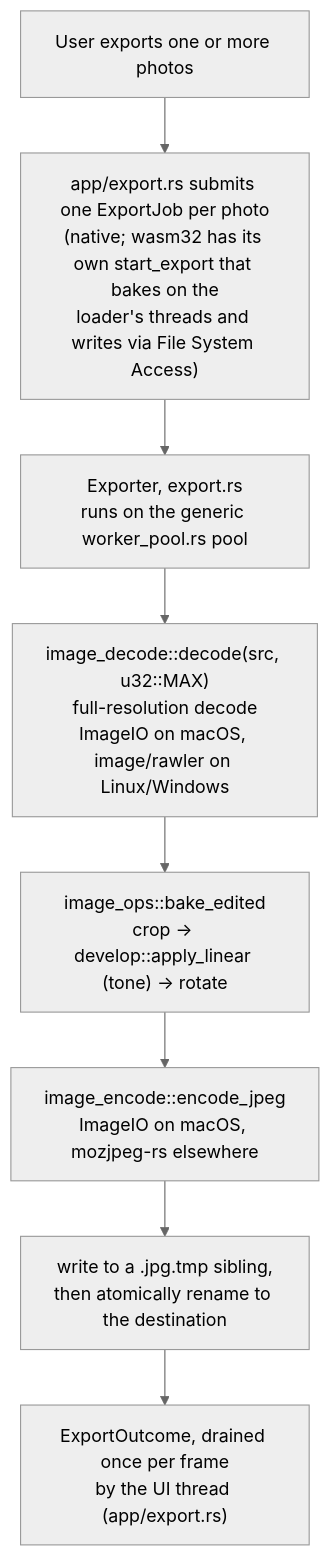
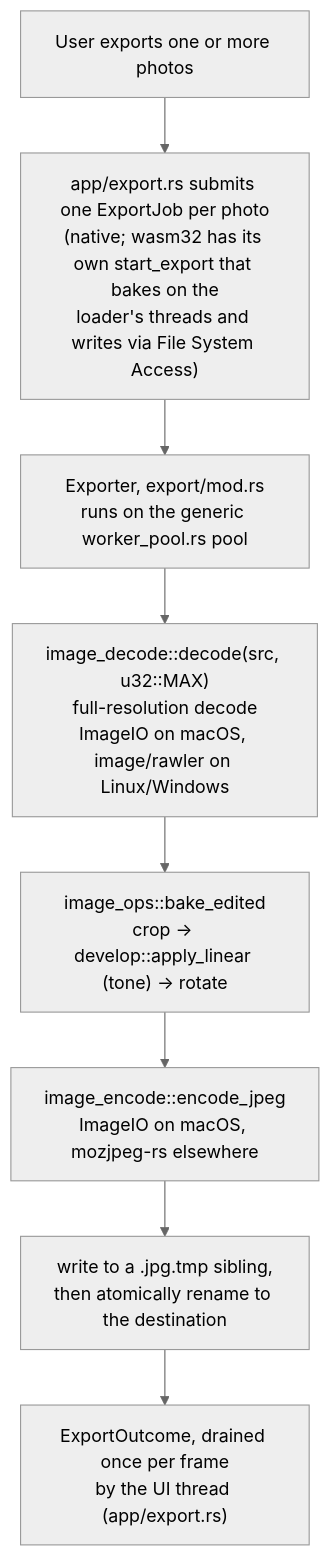
One commit to andrewyao/lightphotos changed the third of 4 diagrams in docs/ARCHITECTURE.md. Above: the diagram before and after it, drawn with Mermaid (neutral theme). The commit also changed other lines of this file and 9 other files, not shown here.

````diff
--- a/docs/ARCHITECTURE.md
+++ b/docs/ARCHITECTURE.md
@@ -199,11 +199,11 @@
 ```mermaid
 flowchart TD
     exportbtn["User exports one or more photos"]
     exportbtn --> submit["app/export.rs submits one ExportJob per photo\n(native; wasm32 has its own start_export that bakes on the\nloader's threads and writes via File System Access)"]
-    submit --> pool["Exporter, export.rs\nruns on the generic worker_pool.rs pool"]
+    submit --> pool["Exporter, export/mod.rs\nruns on the generic worker_pool.rs pool"]
     pool --> decode["image_decode::decode(src, u32::MAX)\nfull-resolution decode\nImageIO on macOS, image/rawler on Linux/Windows"]
     decode --> bake["image_ops::bake_edited\ncrop -> develop::apply_linear (tone) -> rotate"]
     bake --> encode["image_encode::encode_jpeg\nImageIO on macOS, mozjpeg-rs elsewhere"]
     encode --> write["write to a .jpg.tmp sibling,\nthen atomically rename to the destination"]
     write --> outcome["ExportOutcome, drained once per frame\nby the UI thread (app/export.rs)"]
 ```
````
